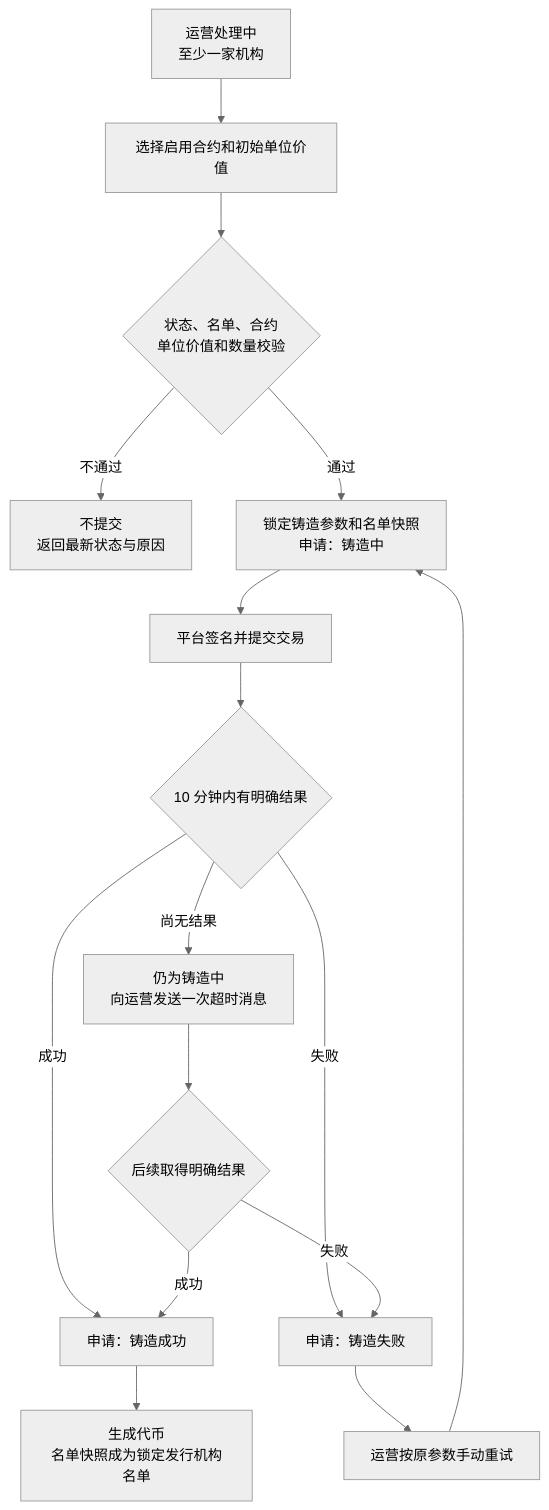
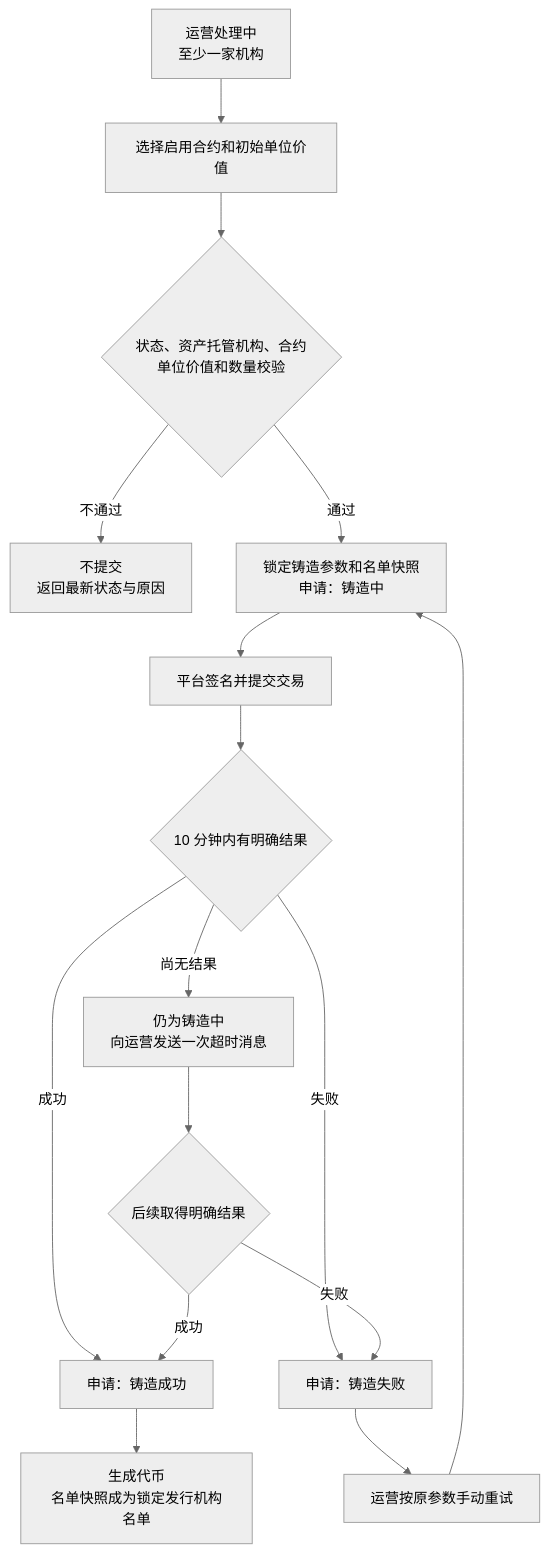
The second of 5 diagrams in token-issuance-platform/PRD/管理端/M3b-代币发行-审核与铸造/02-代币发行-审核与铸造-流程图与状态机.md (wxblockchain/Chain-Financing), drawn with Mermaid (neutral theme) before and after one commit. The commit also changed other lines of this file and 3 other files, not shown here.

````diff
--- a/token-issuance-platform/PRD/管理端/M3b-代币发行-审核与铸造/02-代币发行-审核与铸造-流程图与状态机.md
+++ b/token-issuance-platform/PRD/管理端/M3b-代币发行-审核与铸造/02-代币发行-审核与铸造-流程图与状态机.md
@@ -50,18 +52,18 @@
 ```mermaid
 flowchart TD
     A[运营处理中<br/>至少一家机构] --> B[选择启用合约和初始单位价值]
-    B --> C{状态、名单、合约<br/>单位价值和数量校验}
+    B --> C{状态、资产托管机构、合约<br/>单位价值和数量校验}
     C -->|不通过| D[不提交<br/>返回最新状态与原因]
     C -->|通过| E[锁定铸造参数和名单快照<br/>申请：铸造中]
     E --> F[平台签名并提交交易]
     F --> G{10 分钟内有明确结果}
     G -->|尚无结果| H[仍为铸造中<br/>向运营发送一次超时消息]
     H --> I{后续取得明确结果}
     G -->|成功| J[申请：铸造成功]
     G -->|失败| K[申请：铸造失败]
     I -->|成功| J
     I -->|失败| K
     K --> L[运营按原参数手动重试]
     L --> E
     J --> M[生成代币<br/>名单快照成为锁定发行机构名单]
 ```
````
